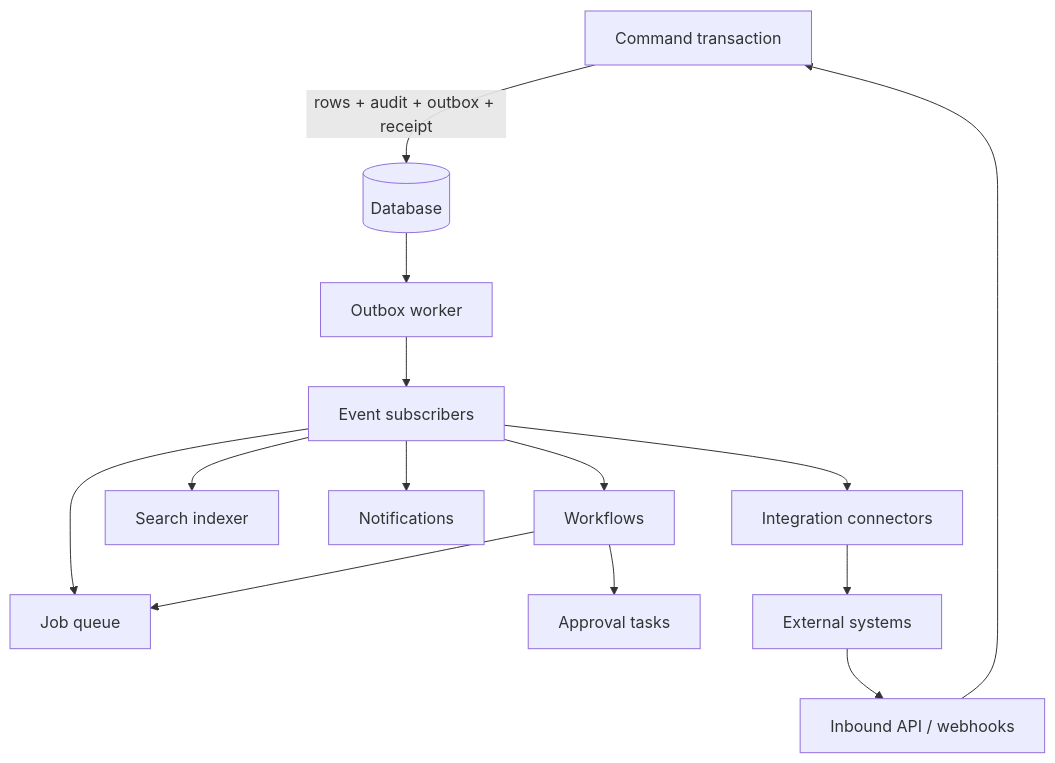
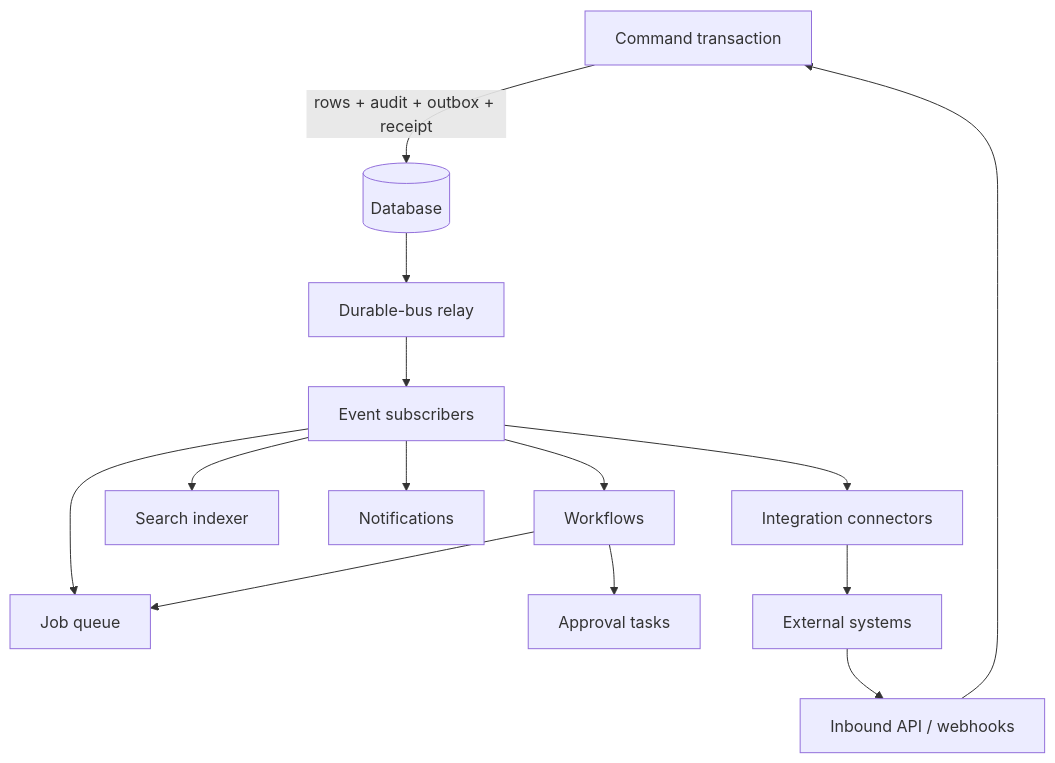
The diagram in docs/ERP-BUSINESS.md (leaderiop/Bridger), drawn with Mermaid before and after one commit. The commit also changed other lines of this file and 173 other files, not shown here.

````diff
--- a/docs/ERP-BUSINESS.md
+++ b/docs/ERP-BUSINESS.md
@@ -13,16 +13,16 @@
 ```mermaid
 flowchart TB
     Cmd[Command transaction] -->|rows + audit + outbox + receipt| DB[(Database)]
-    DB --> Outbox[Outbox worker]
+    DB --> Outbox[Durable-bus relay]
     Outbox --> Subs[Event subscribers]
     Subs --> Jobs[Job queue]
     Subs --> Wf[Workflows]
     Subs --> Search[Search indexer]
     Subs --> Notif[Notifications]
     Subs --> Integr[Integration connectors]
     Wf --> Tasks[Approval tasks]
     Wf --> Jobs
     Integr --> Ext[External systems]
     Ext --> InAPI[Inbound API / webhooks]
     InAPI --> Cmd
 ```
````
